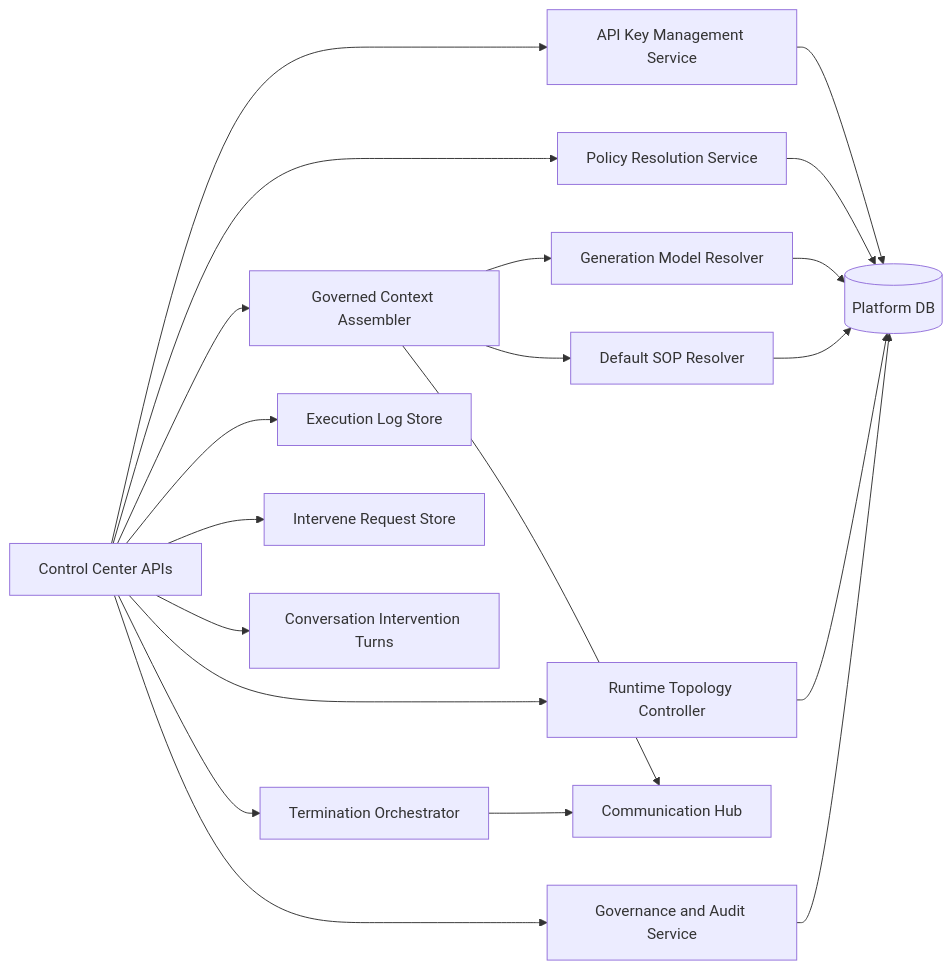
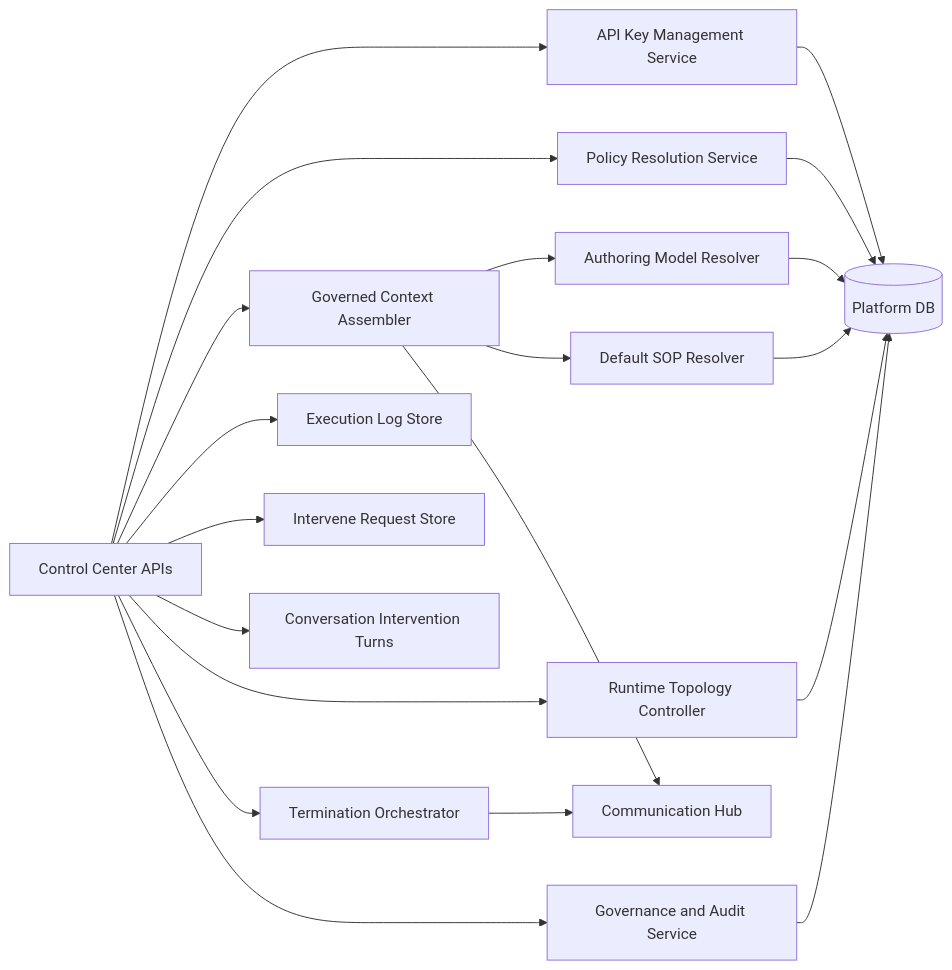
One commit to hurungang/parthenon changed the third of 9 diagrams in docs/master/architecture/modules/control-center/architecture.md. Above: the diagram before and after it, drawn with Mermaid. The commit also changed other lines of this file and 414 other files, not shown here.

````diff
--- a/docs/master/architecture/modules/control-center/architecture.md
+++ b/docs/master/architecture/modules/control-center/architecture.md
@@ -33,37 +95,37 @@
 ```mermaid
 flowchart LR
     API[Control Center APIs]
     AKM[API Key Management Service]
     POL[Policy Resolution Service]
     CTX[Governed Context Assembler]
-    CFG[Generation Model Resolver]
+    CFG[Authoring Model Resolver]
     SOP[Default SOP Resolver]
     GOV[Governance and Audit Service]
     ELS[Execution Log Store]
     IRS[Intervene Request Store]
     CIT[Conversation Intervention Turns]
     TOPO[Runtime Topology Controller]
     TERM[Termination Orchestrator]
     CH[Communication Hub]
     DB[(Platform DB)]
 
     API --> AKM
     API --> POL
     API --> CTX
     API --> ELS
     API --> IRS
     API --> CIT
     API --> TOPO
     API --> TERM
     API --> GOV
     AKM --> DB
     CTX --> CFG
     CTX --> SOP
     CFG --> DB
     SOP --> DB
     POL --> DB
     GOV --> DB
     TOPO --> DB
     TERM --> CH
     CTX --> CH
 ```
````
